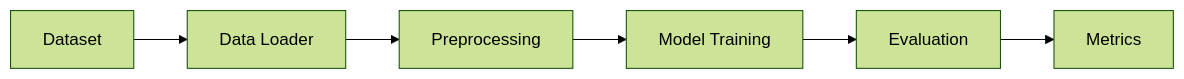
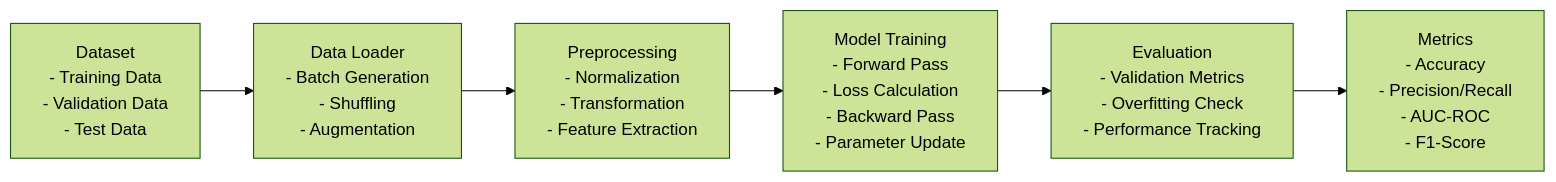
One commit to prathameshatkare/Final_Cystic_fibrosis_project changed the seventh of 17 diagrams in DIAGRAMS.md. Above: the diagram before and after it, drawn with Mermaid (forest theme). The commit also changed other lines of this file, not shown here.

Commit message:
diagrams

````diff
--- a/DIAGRAMS.md
+++ b/DIAGRAMS.md
@@ -110,8 +144,8 @@
 ```mermaid
 graph LR
-    A[Dataset] --> B[Data Loader]
-    B --> C[Preprocessing]
-    C --> D[Model Training]
-    D --> E[Evaluation]
-    E --> F[Metrics]
+    A[Dataset<br/>- Training Data<br/>- Validation Data<br/>- Test Data] --> B[Data Loader<br/>- Batch Generation<br/>- Shuffling<br/>- Augmentation]
+    B --> C[Preprocessing<br/>- Normalization<br/>- Transformation<br/>- Feature Extraction]
+    C --> D[Model Training<br/>- Forward Pass<br/>- Loss Calculation<br/>- Backward Pass<br/>- Parameter Update]
+    D --> E[Evaluation<br/>- Validation Metrics<br/>- Overfitting Check<br/>- Performance Tracking]
+    E --> F[Metrics<br/>- Accuracy<br/>- Precision/Recall<br/>- AUC-ROC<br/>- F1-Score]
 ```
````
